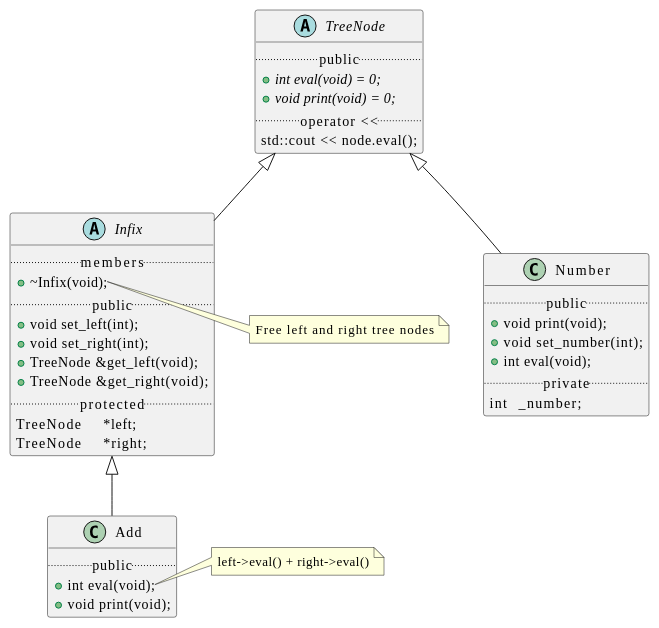
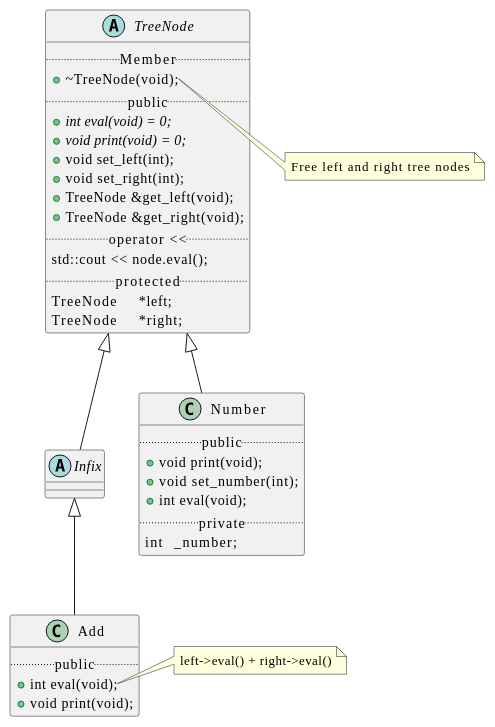
Before and after one commit to t-h2o/parsmath: diagram 12 of 12 in assets/README.adoc, drawn with PlantUML. The commit also changed 6 other files, not shown here.

Commit message:
Move left & right from Infix into TreeNode

```diff
--- a/assets/README.adoc
+++ b/assets/README.adoc
@@ -168,52 +168,51 @@
 [plantuml, target=program_class, format=svg, width=100%]
 ....
 @startuml
 skinparam defaultFontName JetBrains Mono
 
 abstract TreeNode {
+  .. Member ..
+  +~TreeNode(void);
   .. public ..
   +{abstract} int eval(void) = 0;
   +{abstract} void print(void) = 0;
-  .. operator << ..
-  std::cout << node.eval();
-}
-abstract Infix {
-  .. members ..
-  +~Infix(void);
-  .. public ..
   +void set_left(int);
   +void set_right(int);
   +TreeNode &get_left(void);
   +TreeNode &get_right(void);
+  .. operator << ..
+  std::cout << node.eval();
   .. protected ..
   TreeNode	*left;
   TreeNode	*right;
 }
-note right of Infix::~Infix
+note right of TreeNode::~TreeNode
   Free left and right tree nodes
 end note
+abstract Infix {
+}
 
 class Add {
   .. public ..
   +int eval(void);
   +void print(void);
 }
 note right of Add::eval
   left->eval() + right->eval()
 end note
 
 class Number {
   .. public ..
   +void print(void);
   +void set_number(int);
   +int eval(void);
   .. private ..
   int	_number;
 }
 
 TreeNode <|-- Infix
 TreeNode <|-- Number
 Infix <|-- Add
 
 @enduml
 ....
```
